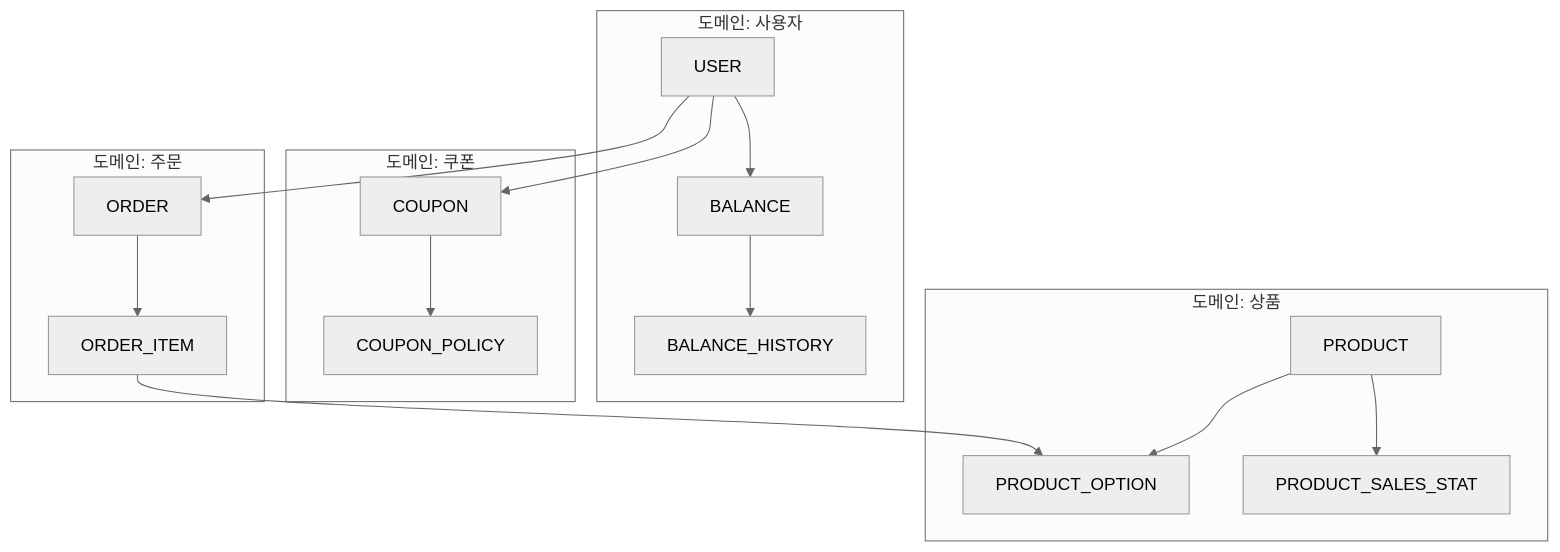
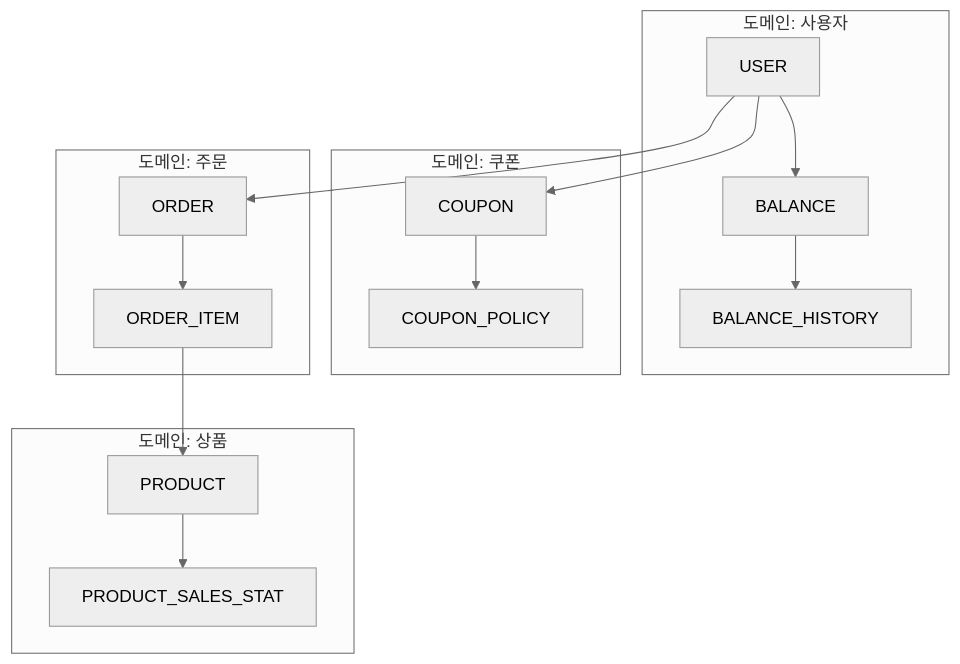
One commit to hanghae-plus-anveloper/e-commerce changed the second of 6 diagrams in docs/entity-relationship-diagram/erd-table-group.md. Above: the diagram before and after it, drawn with Mermaid (neutral theme). The commit also changed other lines of this file and 2 other files, not shown here.

Commit message:
docs: ProductOption 관련 로직 삭제

````diff
--- a/docs/entity-relationship-diagram/erd-table-group.md
+++ b/docs/entity-relationship-diagram/erd-table-group.md
@@ -107,35 +100,33 @@
 ```mermaid
 flowchart TD
   subgraph UserDomain["도메인: 사용자"]
     USER
     BALANCE
     BALANCE_HISTORY
   end
 
   subgraph CouponDomain["도메인: 쿠폰"]
     COUPON
     COUPON_POLICY
   end
 
   subgraph OrderDomain["도메인: 주문"]
     ORDER
     ORDER_ITEM
   end
 
   subgraph ProductDomain["도메인: 상품"]
     PRODUCT
-    PRODUCT_OPTION
     PRODUCT_SALES_STAT
   end
 
   USER --> BALANCE
   BALANCE --> BALANCE_HISTORY
   USER --> COUPON
   COUPON --> COUPON_POLICY
   USER --> ORDER
   ORDER --> ORDER_ITEM
-  ORDER_ITEM --> PRODUCT_OPTION
-  PRODUCT --> PRODUCT_OPTION
+  ORDER_ITEM --> PRODUCT
   PRODUCT --> PRODUCT_SALES_STAT
 
 ```
````
